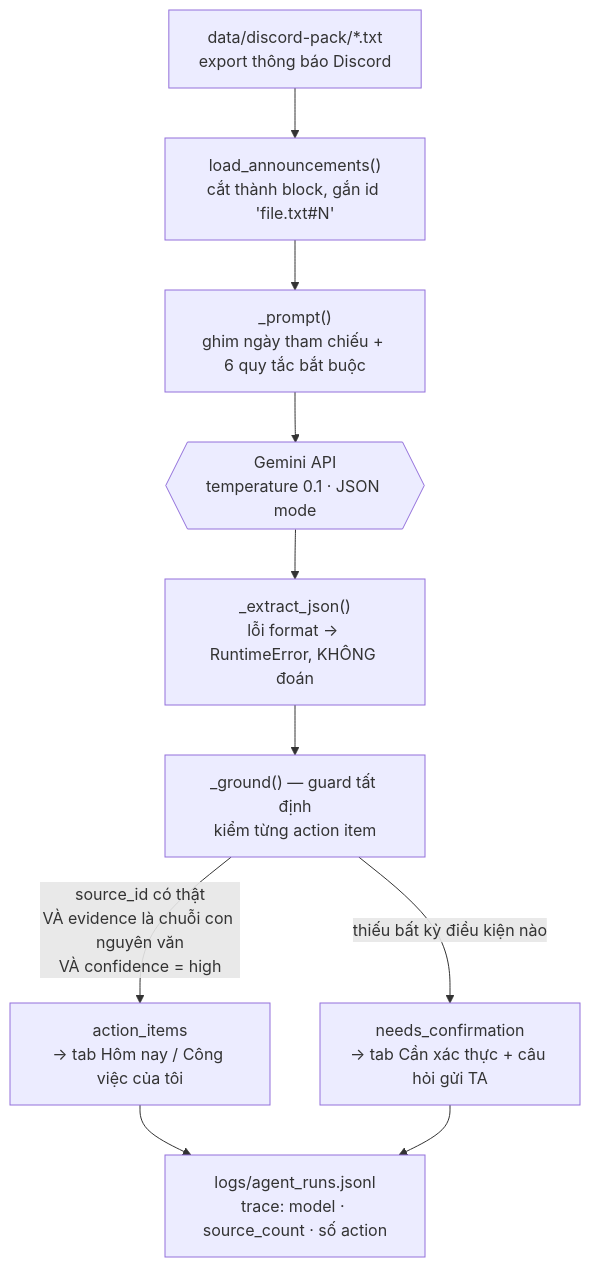
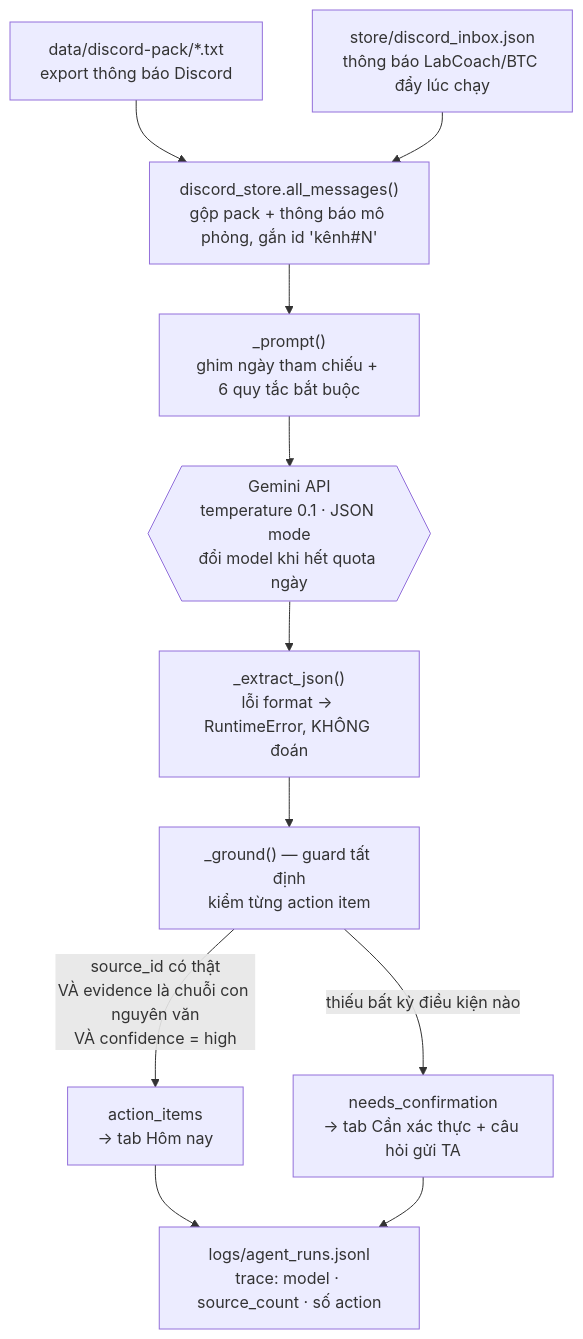
The second of 3 diagrams in docs/workflow.md (RayCode1111/Day05-K3-AllinOne), drawn with Mermaid before and after one commit. The commit also changed other lines of this file and 10 other files, not shown here.

````diff
--- a/docs/workflow.md
+++ b/docs/workflow.md
@@ -220,12 +220,13 @@
 ```mermaid
 flowchart TD
-    A["data/discord-pack/*.txt<br/>export thông báo Discord"] --> B["load_announcements()<br/>cắt thành block, gắn id 'file.txt#N'"]
+    A["data/discord-pack/*.txt<br/>export thông báo Discord"] --> B["discord_store.all_messages()<br/>gộp pack + thông báo mô phỏng, gắn id 'kênh#N'"]
+    A2["store/discord_inbox.json<br/>thông báo LabCoach/BTC đẩy lúc chạy"] --> B
     B --> C["_prompt()<br/>ghim ngày tham chiếu + 6 quy tắc bắt buộc"]
-    C --> D{{"Gemini API<br/>temperature 0.1 · JSON mode"}}
+    C --> D{{"Gemini API<br/>temperature 0.1 · JSON mode<br/>đổi model khi hết quota ngày"}}
     D --> E["_extract_json()<br/>lỗi format → RuntimeError, KHÔNG đoán"]
     E --> F["_ground() — guard tất định<br/>kiểm từng action item"]
-    F -->|"source_id có thật<br/>VÀ evidence là chuỗi con nguyên văn<br/>VÀ confidence = high"| G["action_items<br/>→ tab Hôm nay / Công việc của tôi"]
+    F -->|"source_id có thật<br/>VÀ evidence là chuỗi con nguyên văn<br/>VÀ confidence = high"| G["action_items<br/>→ tab Hôm nay"]
     F -->|"thiếu bất kỳ điều kiện nào"| H["needs_confirmation<br/>→ tab Cần xác thực + câu hỏi gửi TA"]
     G --> I["logs/agent_runs.jsonl<br/>trace: model · source_count · số action"]
     H --> I
 ```
````
